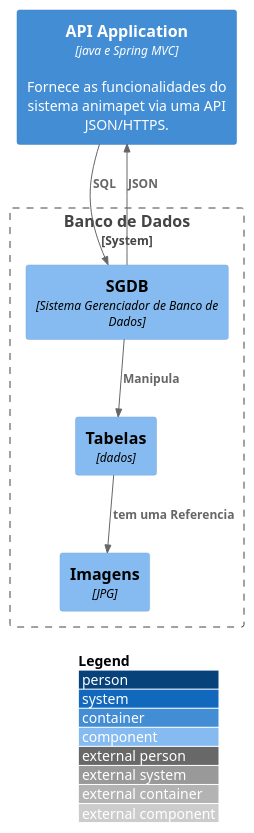
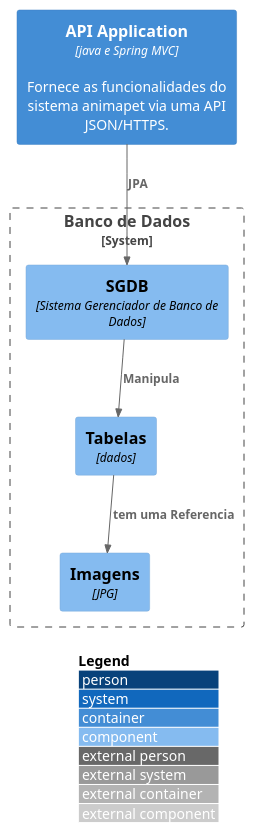
Before and after one commit to andrelquiosi/ANIMAPET: the diagram in src/Sistema animapet/Database/container.puml, drawn with PlantUML. The commit also changed 31 other files, not shown here.

```diff
--- a/src/Sistema animapet/Database/container.puml
+++ b/src/Sistema animapet/Database/container.puml
@@ -1,18 +1,18 @@
 @startuml ComponenteDB
 !include https://raw.githubusercontent.com/adrianvlupu/C4-PlantUML/latest/C4_Component.puml
 
 LAYOUT_WITH_LEGEND()
 
 Container(api, "API Application", "java e Spring MVC", "Fornece as funcionalidades do sistema animapet via uma API JSON/HTTPS.")
 
 System_Boundary(alias, "Banco de Dados"){
     Component(sgdb, "SGDB", "Sistema Gerenciador de Banco de Dados")
     Component(dados, "Tabelas", "dados")
     Component(imagens, "Imagens", "JPG")
 
-Rel(sgdb, dados, "Manipula")
-Rel(dados,imagens,"tem uma Referencia")
+    Rel(sgdb, dados, "Manipula")
+    Rel(dados,imagens,"tem uma Referencia")
 }
-Rel(api, sgdb, "SQL")
-Rel(sgdb, api, "JSON")
+Rel(api, sgdb, "JPA")
+
 @enduml
```
